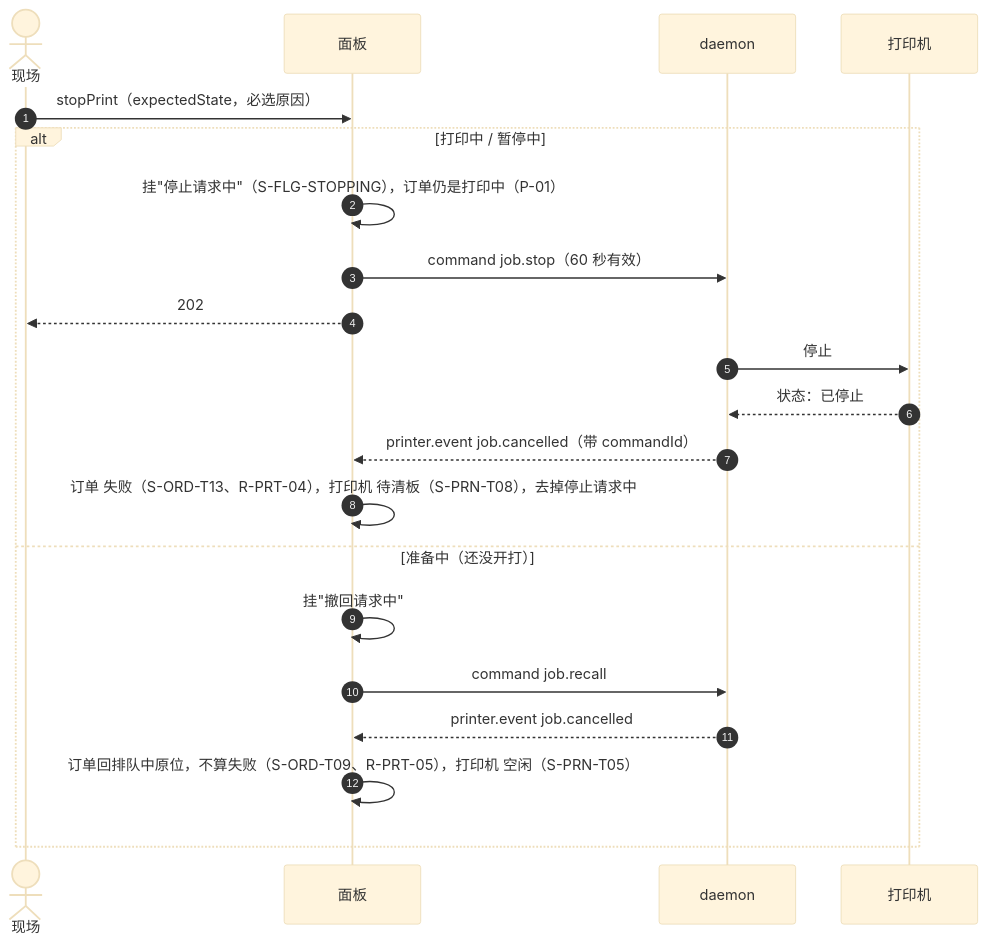
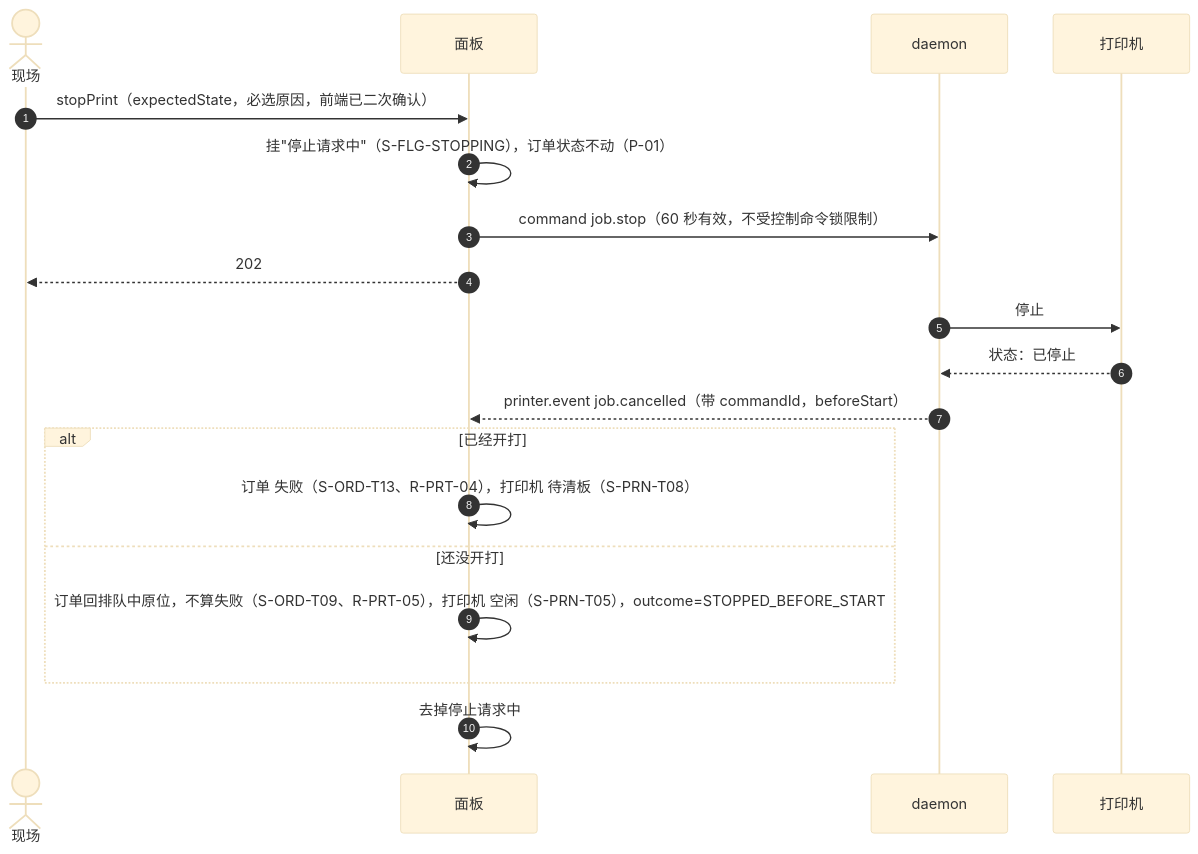
One commit to PlateRelay/PlateRelay changed the fourth of 11 diagrams in docs/design/03-sequences.md. Above: the diagram before and after it, drawn with Mermaid (base theme). The commit also changed other lines of this file, not shown here.

First line of the commit message:
docs(design): align sequences with command lock and trace-reconcile decisions

````diff
--- a/docs/design/03-sequences.md
+++ b/docs/design/03-sequences.md
@@ -172,23 +157,21 @@
 ```mermaid
 sequenceDiagram
   autonumber
   actor S as 现场
   participant P as 面板
   participant D as daemon
   participant R as 打印机
-  S->>P: stopPrint（expectedState，必选原因）
-  alt 打印中 / 暂停中
-    P->>P: 挂"停止请求中"（S-FLG-STOPPING），订单仍是打印中（P-01）
-    P->>D: command job.stop（60 秒有效）
-    P-->>S: 202
-    D->>R: 停止
-    R-->>D: 状态：已停止
-    D-->>P: printer.event job.cancelled（带 commandId）
-    P->>P: 订单 失败（S-ORD-T13、R-PRT-04），打印机 待清板（S-PRN-T08），去掉停止请求中
-  else 准备中（还没开打）
-    P->>P: 挂"撤回请求中"
-    P->>D: command job.recall
-    D-->>P: printer.event job.cancelled
-    P->>P: 订单回排队中原位，不算失败（S-ORD-T09、R-PRT-05），打印机 空闲（S-PRN-T05）
+  S->>P: stopPrint（expectedState，必选原因，前端已二次确认）
+  P->>P: 挂"停止请求中"（S-FLG-STOPPING），订单状态不动（P-01）
+  P->>D: command job.stop（60 秒有效，不受控制命令锁限制）
+  P-->>S: 202
+  D->>R: 停止
+  R-->>D: 状态：已停止
+  D-->>P: printer.event job.cancelled（带 commandId，beforeStart）
+  alt 已经开打
+    P->>P: 订单 失败（S-ORD-T13、R-PRT-04），打印机 待清板（S-PRN-T08）
+  else 还没开打
+    P->>P: 订单回排队中原位，不算失败（S-ORD-T09、R-PRT-05），打印机 空闲（S-PRN-T05），outcome=STOPPED_BEFORE_START
   end
+  P->>P: 去掉停止请求中
 ```
````
